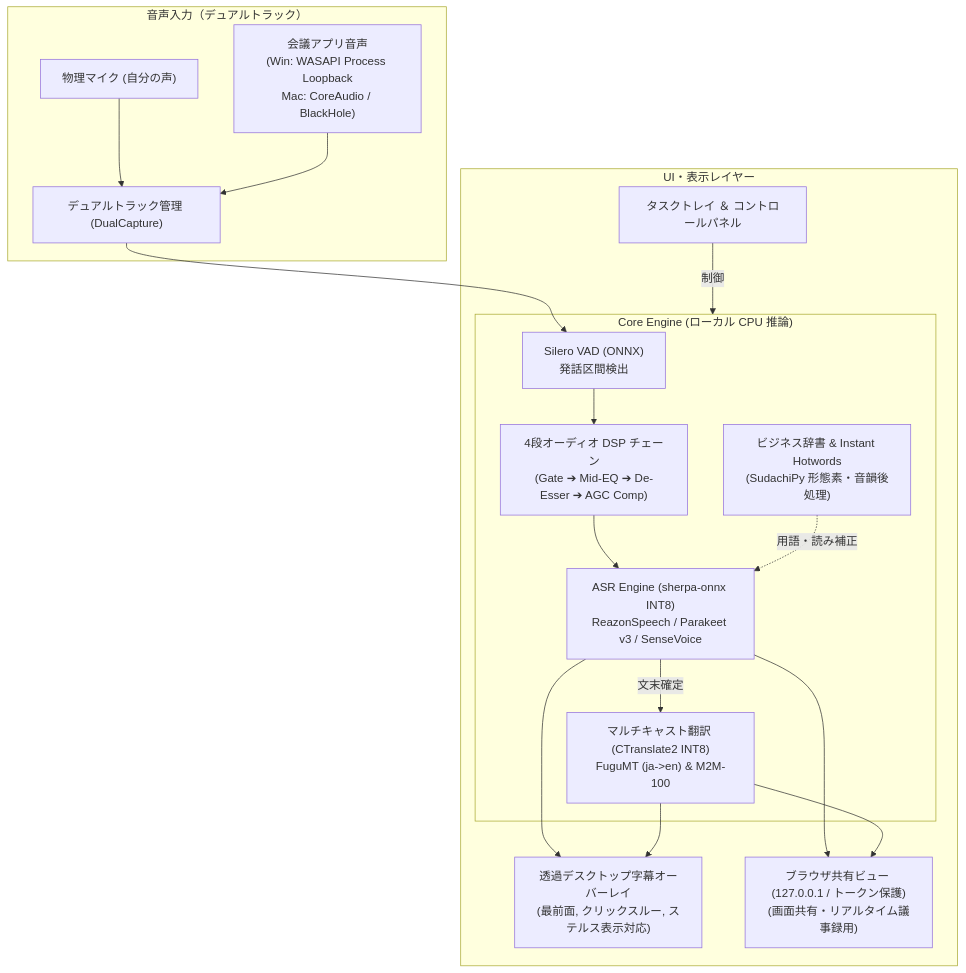
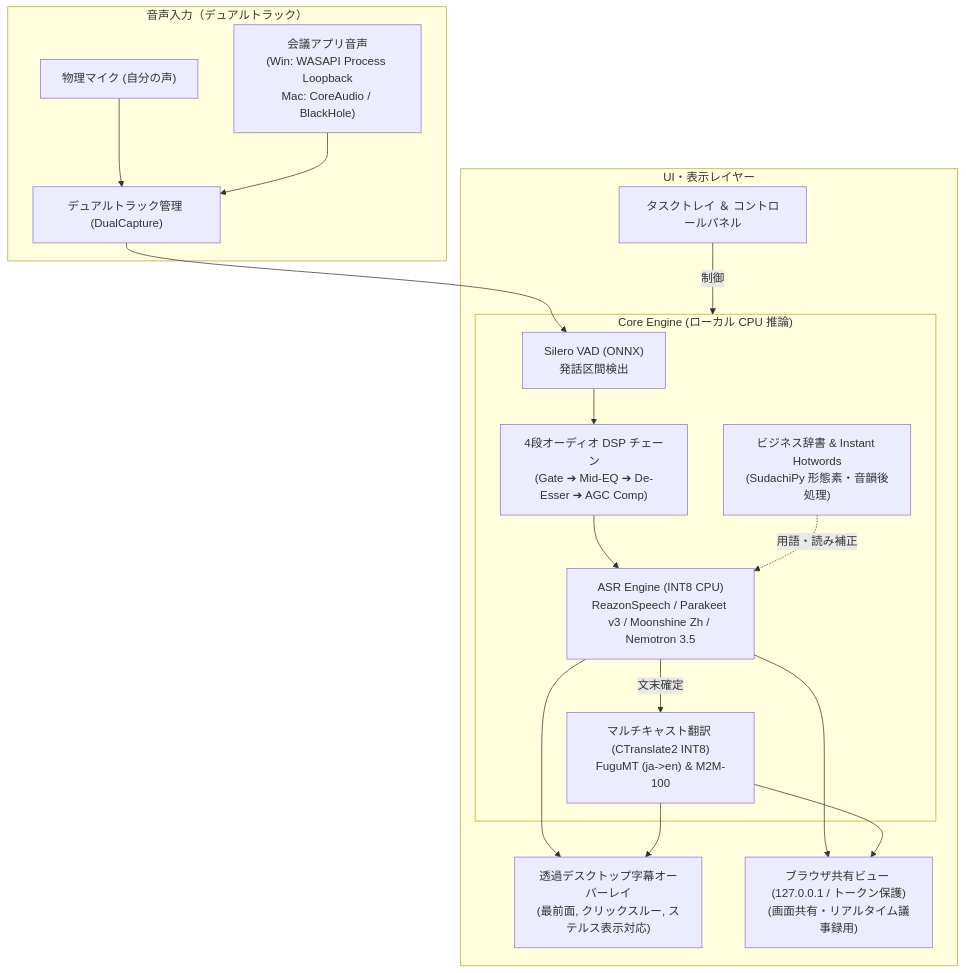
One commit to Maximilian2022/hayamimi-polyglot changed the diagram in README.md. Above: the diagram before and after it, drawn with Mermaid. The commit also changed other lines of this file and 24 other files, not shown here.

Commit message:
chore(release): v1.0.4 - replace SenseVoice with Moonshine Zh & Nemotron 3.5 Ko, fix macOS ZIP compression & upgrade safety

````diff
--- a/README.md
+++ b/README.md
@@ -69,21 +69,21 @@
 ```mermaid
 flowchart TD
     subgraph Audio_Input["音声入力（デュアルトラック）"]
         Mic["物理マイク (自分の声)"] --> DualTrack["デュアルトラック管理 (DualCapture)"]
         RemoteAudio["会議アプリ音声\n(Win: WASAPI Process Loopback\nMac: CoreAudio / BlackHole)"] --> DualTrack
     end
 
     subgraph Core_Engine["Core Engine (ローカル CPU 推論)"]
         DualTrack --> VAD["Silero VAD (ONNX)\n発話区間検出"]
         VAD --> DSP["4段オーディオ DSP チェーン\n(Gate ➔ Mid-EQ ➔ De-Esser ➔ AGC Comp)"]
-        DSP --> ASR["ASR Engine (sherpa-onnx INT8)\nReazonSpeech / Parakeet v3 / SenseVoice"]
+        DSP --> ASR["ASR Engine (INT8 CPU)\nReazonSpeech / Parakeet v3 / Moonshine Zh / Nemotron 3.5"]
         DictEngine["ビジネス辞書 & Instant Hotwords\n(SudachiPy 形態素・音韻後処理)"] -.->|用語・読み補正| ASR
         ASR -->|文末確定| NMT["マルチキャスト翻訳 (CTranslate2 INT8)\nFuguMT (ja->en) & M2M-100"]
     end
 
     subgraph Presentation_Layer["UI・表示レイヤー"]
         Tray["タスクトレイ ＆ コントロールパネル"] -->|制御| Core_Engine
         ASR & NMT --> Overlay["透過デスクトップ字幕オーバーレイ\n(最前面, クリックスルー, ステルス表示対応)"]
         ASR & NMT --> WebBrowser["ブラウザ共有ビュー (127.0.0.1 / トークン保護)\n(画面共有・リアルタイム議事録用)"]
     end
 ```
````
